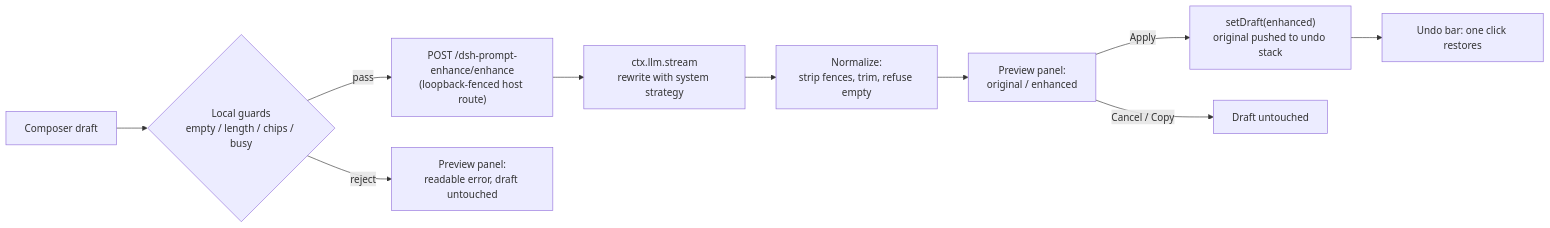
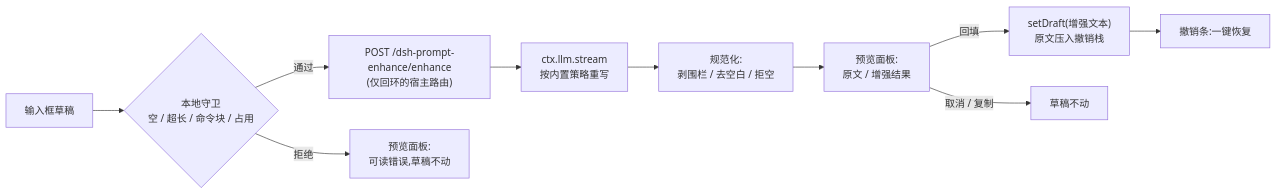
One commit to surfishs/dsh-prompt-enhance changed the diagram in README.md. Above: the diagram before and after it, drawn with Mermaid. The commit also changed other lines of this file and 3 other files, not shown here.

````diff
--- a/README.md
+++ b/README.md
@@ -41,12 +39,12 @@
 ```mermaid
 flowchart LR
-    A[Composer draft] --> B{Local guards<br/>empty / length / chips / busy}
-    B -- pass --> C["POST /dsh-prompt-enhance/enhance<br/>(loopback-fenced host route)"]
-    B -- reject --> P[Preview panel:<br/>readable error, draft untouched]
-    C --> D["ctx.llm.stream<br/>rewrite with system strategy"]
-    D --> E[Normalize:<br/>strip fences, trim, refuse empty]
-    E --> F[Preview panel:<br/>original / enhanced]
-    F -- Apply --> G["setDraft(enhanced)<br/>original pushed to undo stack"]
-    F -- Cancel / Copy --> H[Draft untouched]
-    G --> U[Undo bar: one click restores]
+    A[输入框草稿] --> B{本地守卫<br/>空 / 超长 / 命令块 / 占用}
+    B -- 通过 --> C["POST /dsh-prompt-enhance/enhance<br/>(仅回环的宿主路由)"]
+    B -- 拒绝 --> P[预览面板:<br/>可读错误,草稿不动]
+    C --> D["ctx.llm.stream<br/>按内置策略重写"]
+    D --> E[规范化:<br/>剥围栏 / 去空白 / 拒空]
+    E --> F[预览面板:<br/>原文 / 增强结果]
+    F -- 回填 --> G["setDraft(增强文本)<br/>原文压入撤销栈"]
+    F -- 取消 / 复制 --> H[草稿不动]
+    G --> U[撤销条:一键恢复]
 ```
````
